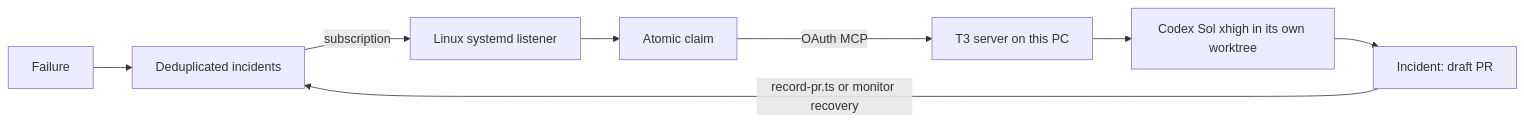
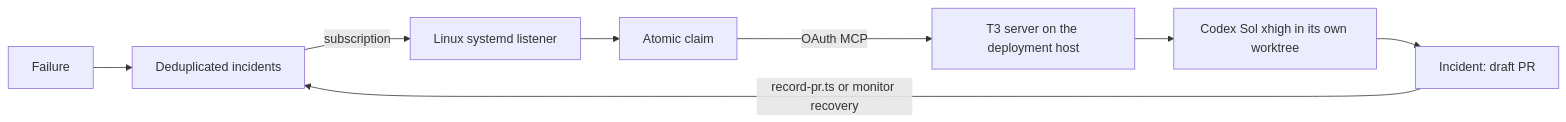
Before and after one commit to revlinehq/Revline: the diagram in docs/incidents.md, drawn with Mermaid. The commit also changed other lines of this file and 19 other files, not shown here.

````diff
--- a/docs/incidents.md
+++ b/docs/incidents.md
@@ -7,10 +7,10 @@
 ```mermaid
 flowchart LR
   Failure --> Convex[Deduplicated incidents]
   Convex -->|subscription| PC[Linux systemd listener]
   PC --> Claim[Atomic claim]
-  Claim -->|OAuth MCP| T3[T3 server on this PC]
+  Claim -->|OAuth MCP| T3[T3 server on the deployment host]
   T3 --> Sol[Codex Sol xhigh in its own worktree]
   Sol --> PR[Incident: draft PR]
   PR -->|record-pr.ts or monitor recovery| Convex
 ```
````
